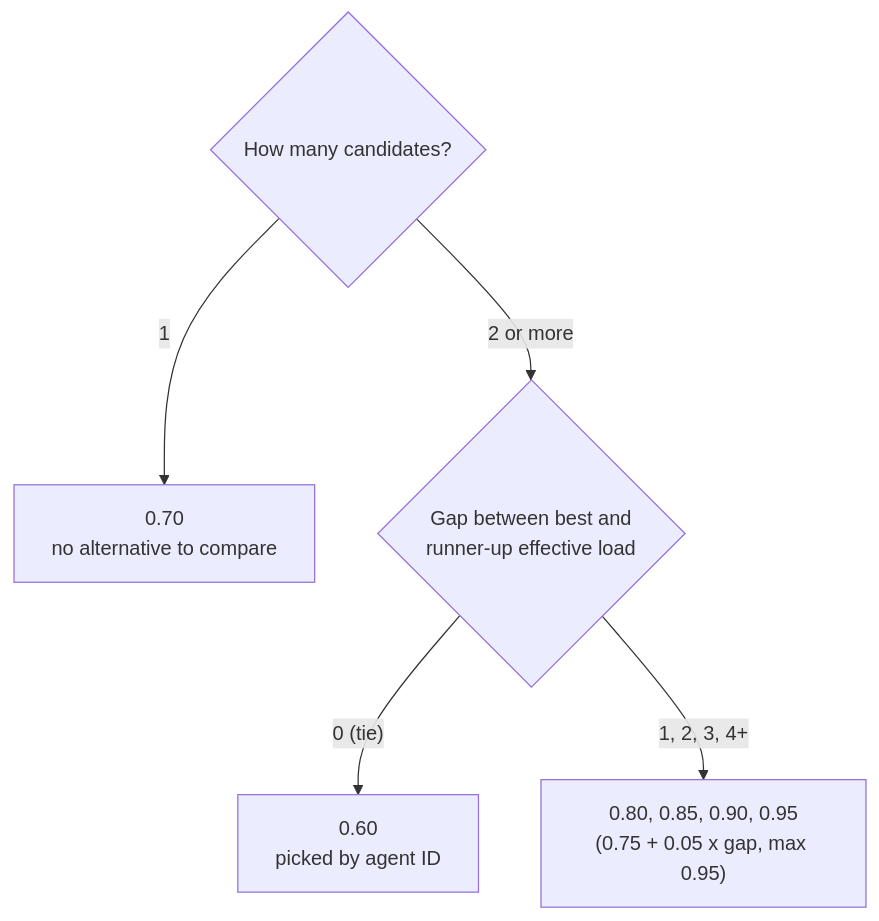
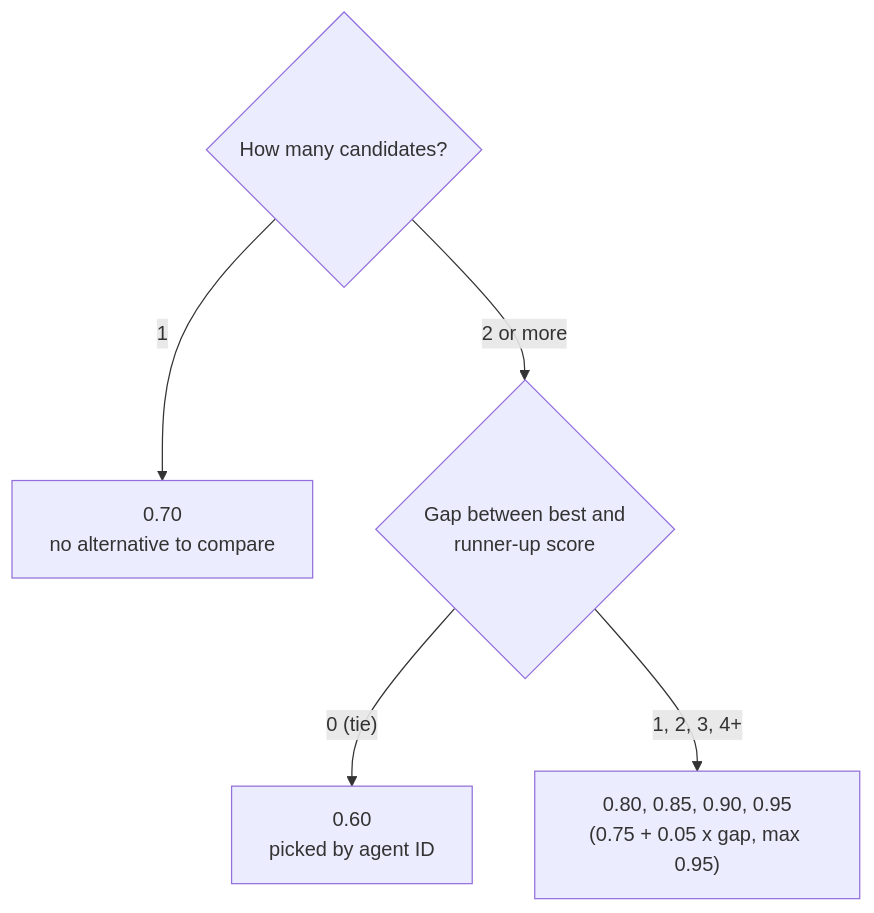
Before and after one commit to Pratik41/ziprun-reassignment-engine: the seventh of 17 diagrams in docs/HOW_IT_WORKS.md, drawn with Mermaid. The commit also changed other lines of this file and 9 other files, not shown here.

````diff
--- a/docs/HOW_IT_WORKS.md
+++ b/docs/HOW_IT_WORKS.md
@@ -267,7 +291,7 @@
 ```mermaid
 flowchart TD
     T{"How many candidates?"} -- "1" --> C70["0.70<br/>no alternative to compare"]
-    T -- "2 or more" --> GAP{"Gap between best and<br/>runner-up effective load"}
+    T -- "2 or more" --> GAP{"Gap between best and<br/>runner-up score"}
     GAP -- "0 (tie)" --> C60["0.60<br/>picked by agent ID"]
     GAP -- "1, 2, 3, 4+" --> CG["0.80, 0.85, 0.90, 0.95<br/>(0.75 + 0.05 x gap, max 0.95)"]
 ```
````
